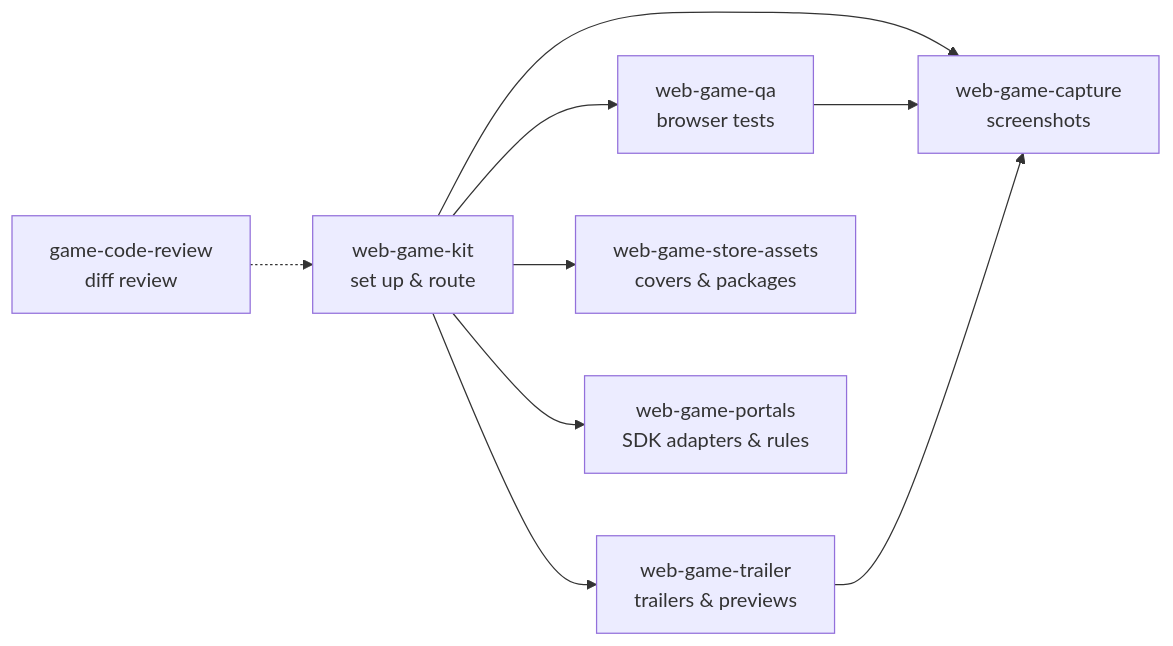
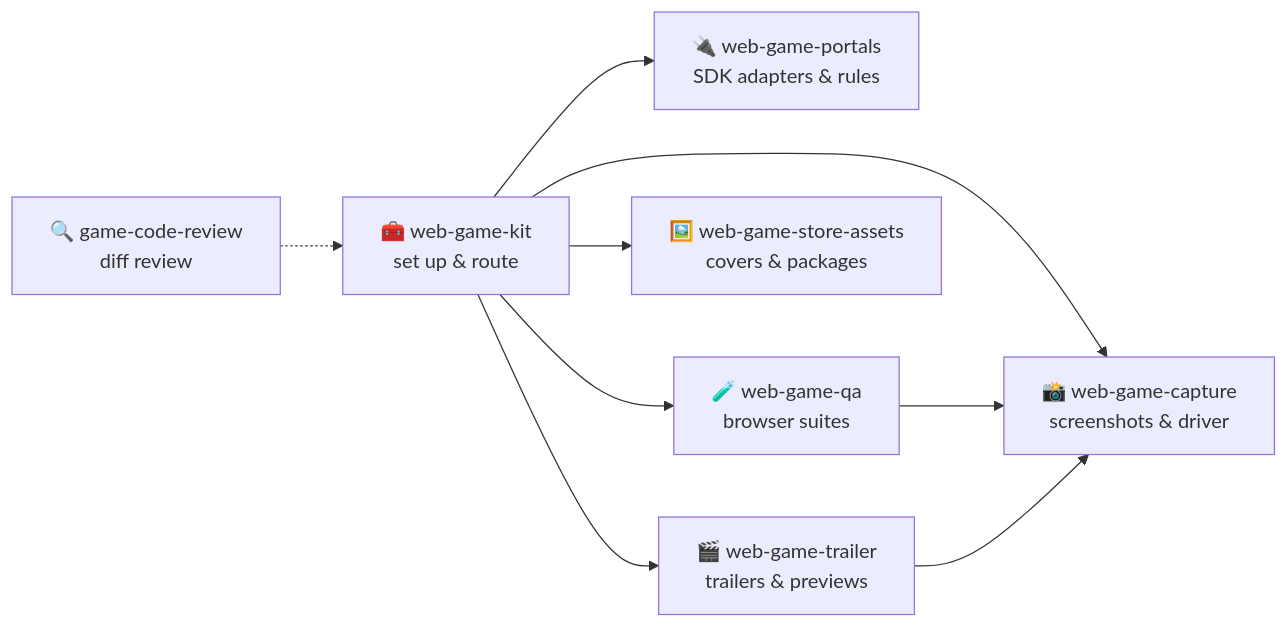
One commit to eslamnegm010/web-game-skills changed the first of 2 diagrams in README.md. Above: the diagram before and after it, drawn with Mermaid. The commit also changed other lines of this file, not shown here.

Commit message:
README: rewrite with a quick tour, request examples, per-skill guides, portal diagram, FAQ

````diff
--- a/README.md
+++ b/README.md
@@ -67,11 +99,11 @@
 ```mermaid
 flowchart LR
-    KIT["web-game-kit<br/>set up & route"] --> CAP["web-game-capture<br/>screenshots"]
-    KIT --> QA["web-game-qa<br/>browser tests"]
-    KIT --> TRA["web-game-trailer<br/>trailers & previews"]
-    KIT --> STO["web-game-store-assets<br/>covers & packages"]
-    KIT --> POR["web-game-portals<br/>SDK adapters & rules"]
+    KIT["🧰 web-game-kit<br/>set up & route"] --> POR["🔌 web-game-portals<br/>SDK adapters & rules"]
+    KIT --> QA["🧪 web-game-qa<br/>browser suites"]
+    KIT --> STO["🖼️ web-game-store-assets<br/>covers & packages"]
+    KIT --> TRA["🎬 web-game-trailer<br/>trailers & previews"]
+    KIT --> CAP["📸 web-game-capture<br/>screenshots & driver"]
     QA --> CAP
     TRA --> CAP
-    REV["game-code-review<br/>diff review"] -.-> KIT
+    REV["🔍 game-code-review<br/>diff review"] -.-> KIT
 ```
````
